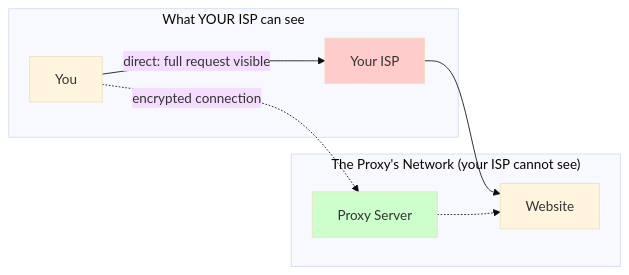
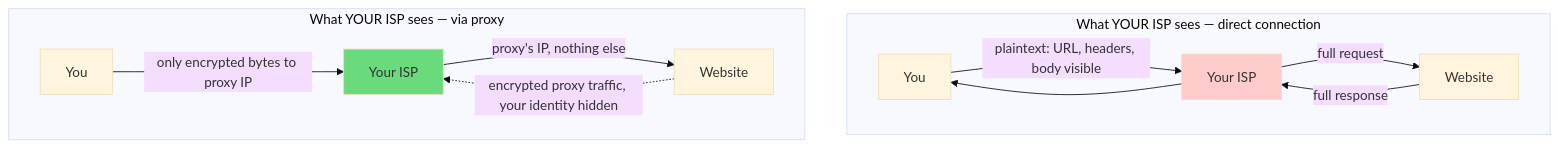
The second of 6 diagrams in networking-lessons-from-singbox/modules/01_proxy-basics.md (datmt/learning), drawn with Mermaid (base theme) before and after one commit. The commit also changed other lines of this file, not shown here.

````diff
--- a/networking-lessons-from-singbox/modules/01_proxy-basics.md
+++ b/networking-lessons-from-singbox/modules/01_proxy-basics.md
@@ -27,17 +27,15 @@
 ```mermaid
-graph LR
-    subgraph "What YOUR ISP can see"
-        A[You]
-        B[Your ISP]
+graph TB
+    subgraph "What YOUR ISP sees — direct connection"
+        A[You] -->|plaintext: URL, headers, body visible| B[Your ISP] -->|"full request"| W1[Website]
+        W1 -->|"full response"| B --> A
     end
-    subgraph "The Proxy's Network (your ISP cannot see)"
-        D[Proxy Server]
-        C[Website]
+
+    subgraph "What YOUR ISP sees — via proxy"
+        A2[You] -->|"only encrypted bytes to proxy IP"| B2[Your ISP] -->|"proxy's IP, nothing else"| W2[Website]
+        W2 -.->|"encrypted proxy traffic, your identity hidden"| B2
     end
     
-    A -->|direct: full request visible| B --> C
-    A -.->|encrypted connection| D -.-> C
-    
     style B fill:#ffcccc
-    style D fill:#ccffcc
+    style B2 fill:#69db7c
 ```
````
